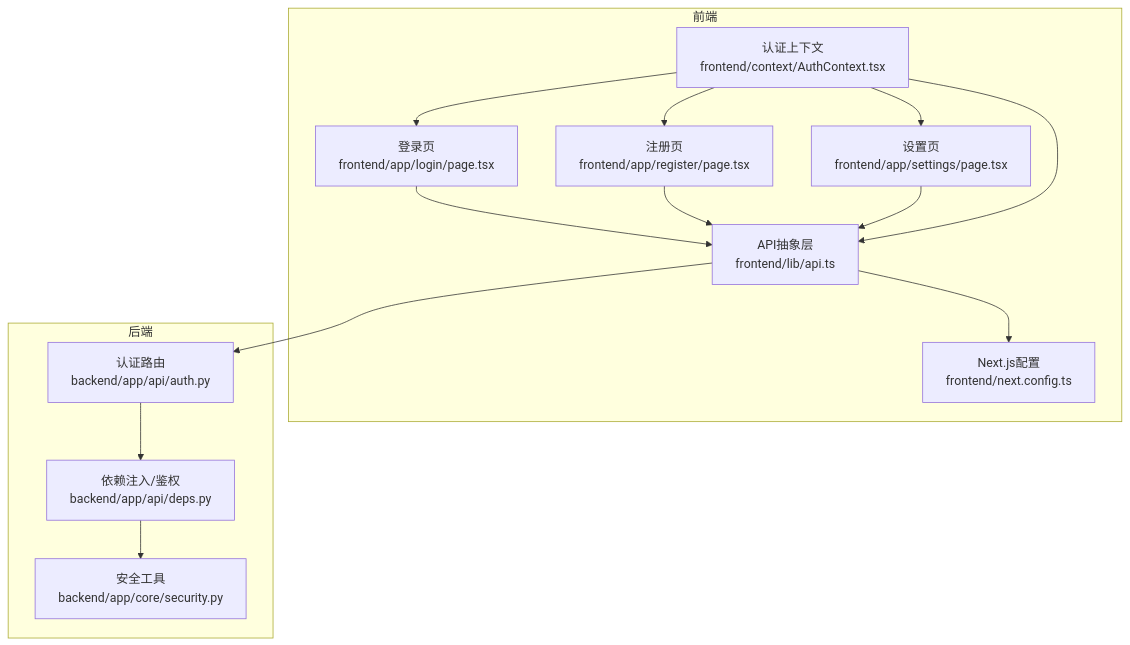
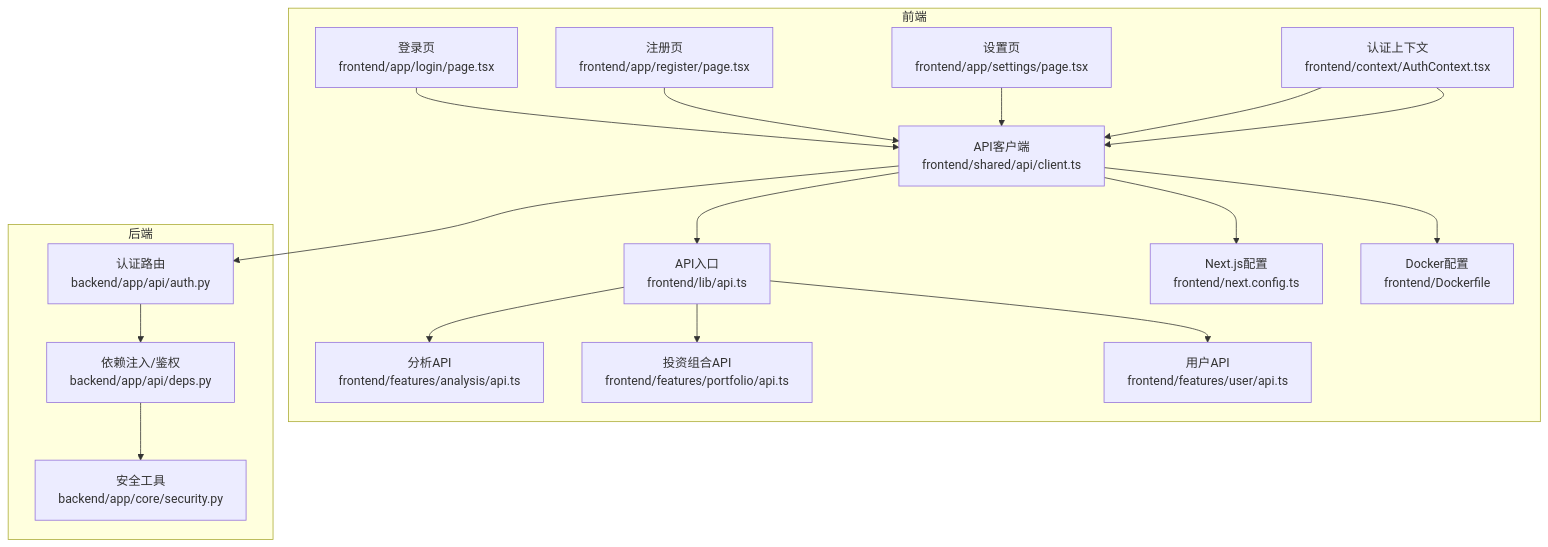
One commit to breeze-lyf/ai-stock-advisor changed the first of 8 diagrams in .qoder/repowiki/zh/content/前端开发指南/API集成模式.md. Above: the diagram before and after it, drawn with Mermaid. The commit also changed other lines of this file and 52 other files, not shown here.

Commit message:
Remove Alpha Vantage provider, enhance Akshare with retry and forced proxy for reliable market data, and introduce user notification settings with corresponding database migrations and frontend updates.

````diff
--- a/.qoder/repowiki/zh/content/前端开发指南/API集成模式.md
+++ b/.qoder/repowiki/zh/content/前端开发指南/API集成模式.md
@@ -48,27 +55,35 @@
 ```mermaid
 graph TB
 subgraph "前端"
 L["登录页<br/>frontend/app/login/page.tsx"]
 R["注册页<br/>frontend/app/register/page.tsx"]
 S["设置页<br/>frontend/app/settings/page.tsx"]
 C["认证上下文<br/>frontend/context/AuthContext.tsx"]
-A["API抽象层<br/>frontend/lib/api.ts"]
+AC["API客户端<br/>frontend/shared/api/client.ts"]
+LI["API入口<br/>frontend/lib/api.ts"]
+F1["分析API<br/>frontend/features/analysis/api.ts"]
+F2["投资组合API<br/>frontend/features/portfolio/api.ts"]
+F3["用户API<br/>frontend/features/user/api.ts"]
 N["Next.js配置<br/>frontend/next.config.ts"]
-L --> A
-R --> A
-S --> A
-C --> L
-C --> R
-C --> S
-A --> N
+D["Docker配置<br/>frontend/Dockerfile"]
+L --> AC
+R --> AC
+S --> AC
+C --> AC
+AC --> LI
+LI --> F1
+LI --> F2
+LI --> F3
+AC --> N
+AC --> D
 end
 subgraph "后端"
 AUTH["认证路由<br/>backend/app/api/auth.py"]
 DEPS["依赖注入/鉴权<br/>backend/app/api/deps.py"]
 SEC["安全工具<br/>backend/app/core/security.py"]
 end
-A --> AUTH
-C --> A
+AC --> AUTH
+C --> AC
 AUTH --> DEPS
 DEPS --> SEC
 ```
````
